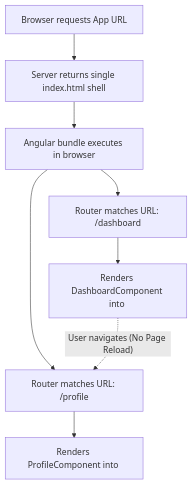
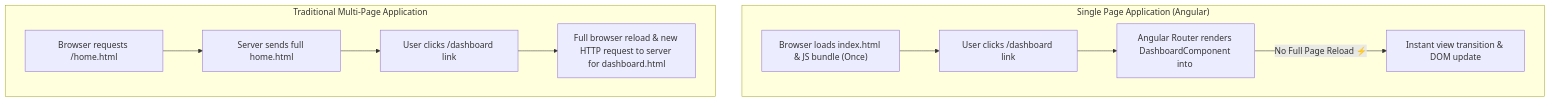
Before and after one commit to AbanoubPhelopos/Angular_Tutorials: the second of 4 diagrams in 01_introduction_and_boot_flow.md, drawn with Mermaid. The commit also changed other lines of this file and 2 other files, not shown here.

Commit message:
feat: update Angular decorators and data binding documentation with modern signals and code examples

````diff
--- a/01_introduction_and_boot_flow.md
+++ b/01_introduction_and_boot_flow.md
@@ -57,10 +83,14 @@
 ```mermaid
 flowchart TD
-    A["Browser requests App URL"] --> B["Server returns single index.html shell"]
-    B --> C["Angular bundle executes in browser"]
-    C --> D["Router matches URL: /dashboard"]
-    C --> E["Router matches URL: /profile"]
-    D --> F["Renders DashboardComponent into <app-root>"]
-    E --> G["Renders ProfileComponent into <app-root>"]
-    F -.->|"User navigates (No Page Reload)"| E
+    subgraph SPA["Single Page Application (Angular)"]
+        A1["Browser loads index.html & JS bundle (Once)"] --> B1["User clicks /dashboard link"]
+        B1 --> C1["Angular Router renders DashboardComponent into <app-root>"]
+        C1 -->|"No Full Page Reload ⚡"| D1["Instant view transition & DOM update"]
+    end
+
+    subgraph MPA["Traditional Multi-Page Application"]
+        A2["Browser requests /home.html"] --> B2["Server sends full home.html"]
+        B2 --> C2["User clicks /dashboard link"]
+        C2 --> D2["Full browser reload & new HTTP request to server for dashboard.html"]
+    end
 ```
````
